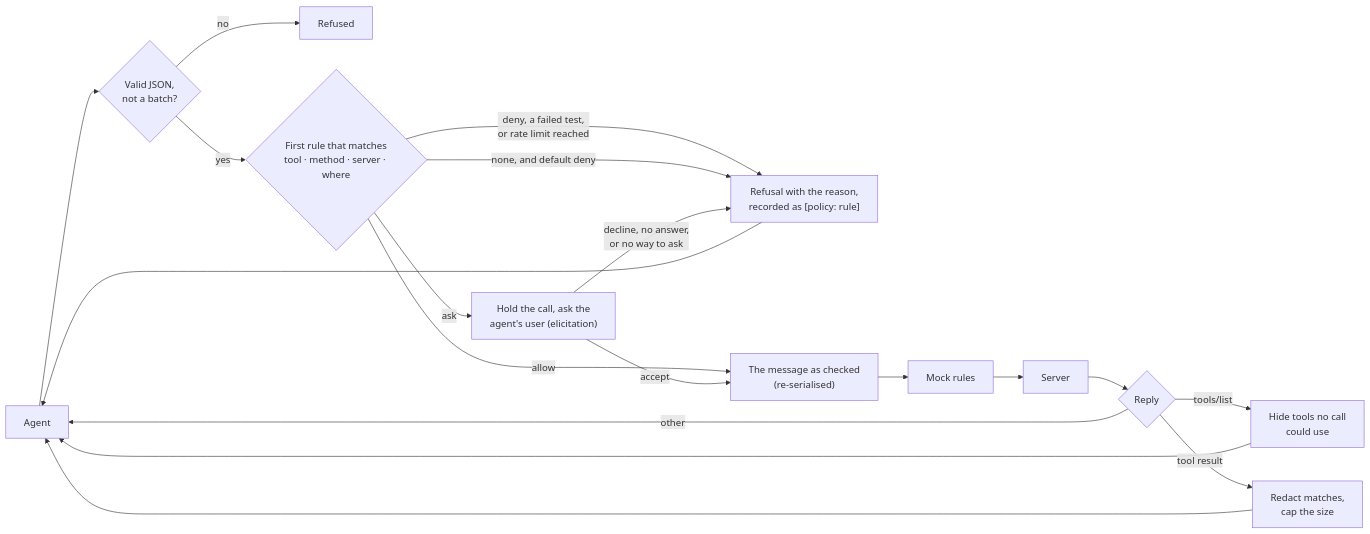
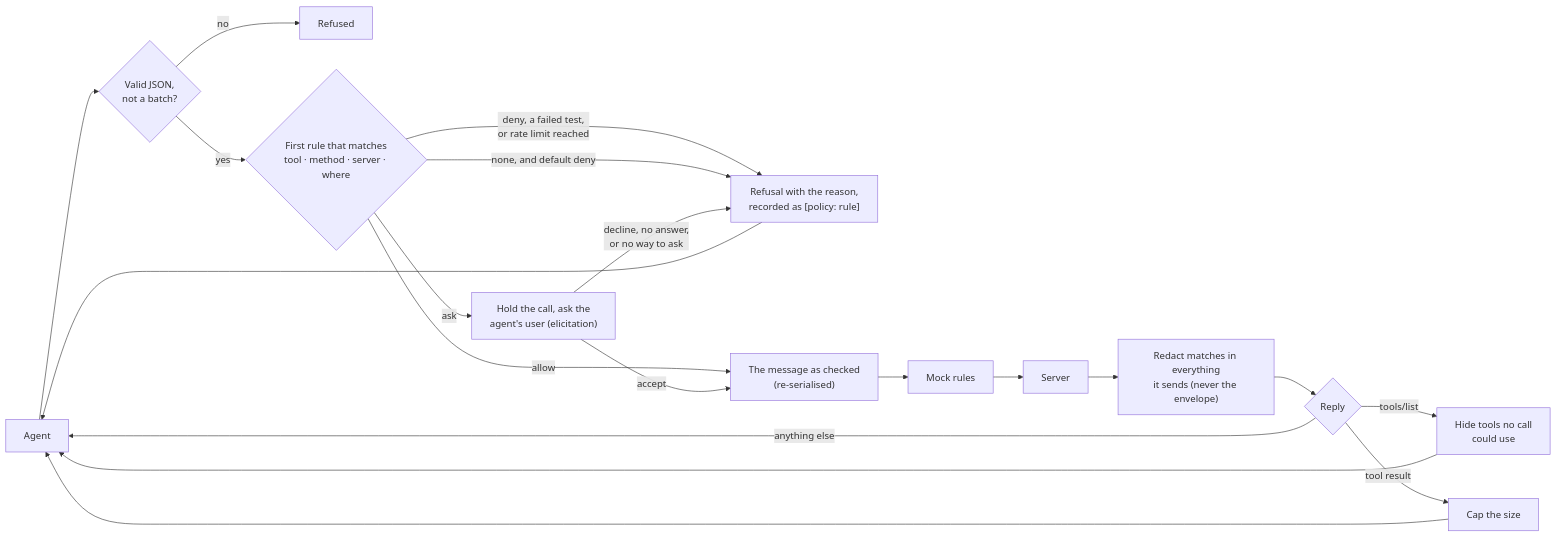
Before and after one commit to Jarryd-W-Hoffman/mcp-spy: the third of 9 diagrams in README.md, drawn with Mermaid. The commit also changed other lines of this file and 2 other files, not shown here.

````diff
--- a/README.md
+++ b/README.md
@@ -362,17 +362,17 @@
 ```mermaid
 flowchart LR
     A["Agent"] --> J{"Valid JSON,<br/>not a batch?"}
     J -->|no| X["Refused"]
     J -->|yes| R{"First rule that matches<br/>tool · method · server · where"}
     R -->|"deny, a failed test,<br/>or rate limit reached"| D["Refusal with the reason,<br/>recorded as [policy: rule]"]
     R -->|"none, and default deny"| D
     R -->|allow| F["The message as checked<br/>(re-serialised)"] --> M["Mock rules"] --> S["Server"]
     R -->|ask| Q["Hold the call, ask the<br/>agent's user (elicitation)"]
     Q -->|accept| F
     Q -->|"decline, no answer,<br/>or no way to ask"| D
-    S --> L{"Reply"}
+    S --> W["Redact matches in everything<br/>it sends (never the envelope)"] --> L{"Reply"}
     L -->|tools/list| H["Hide tools no call<br/>could use"] --> A
-    L -->|tool result| C["Redact matches,<br/>cap the size"] --> A
-    L -->|other| A
+    L -->|tool result| C["Cap the size"] --> A
+    L -->|"anything else"| A
     D --> A
 ```
````
